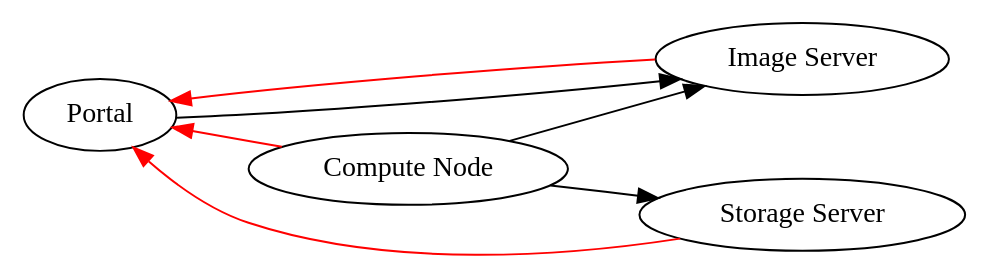
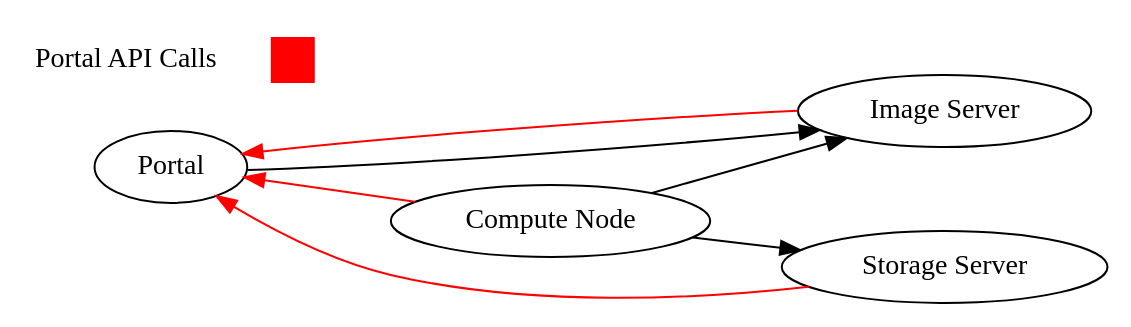
The diagram in images/diagrams/high-level-arch-extra.dot (dit4c/dit4c.github.io), drawn with Graphviz before and after one commit. The commit also changed 5 other files, not shown here.

Commit message:
Improve legends for diagrams

```diff
--- a/images/diagrams/high-level-arch-extra.dot
+++ b/images/diagrams/high-level-arch-extra.dot
@@ -1,12 +1,23 @@
 digraph G {
   rankdir=LR
 
   "Compute Node" -> "Image Server"
   "Compute Node" -> "Storage Server"
   "Portal" -> "Image Server"
   "Image Server" -> "Portal" [color=red]
   "Storage Server" -> "Portal" [color=red]
   "Compute Node" -> "Portal" [color=red]
 
   { rank=source "Portal"}
+
+  { rank = source;
+    legend [shape=none, margin=0, label=<
+    <TABLE BORDER="0" CELLBORDER="0" CELLSPACING="2" CELLPADDING="4">
+     <TR>
+      <TD>Portal API Calls</TD>
+      <TD BGCOLOR="RED">   </TD>
+     </TR>
+    </TABLE>
+   >];
+  }
 }
```
